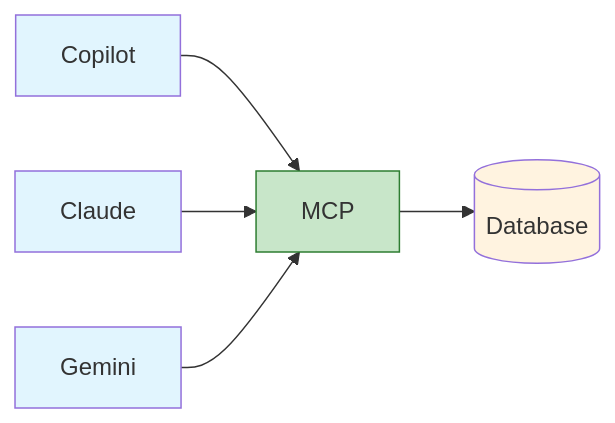
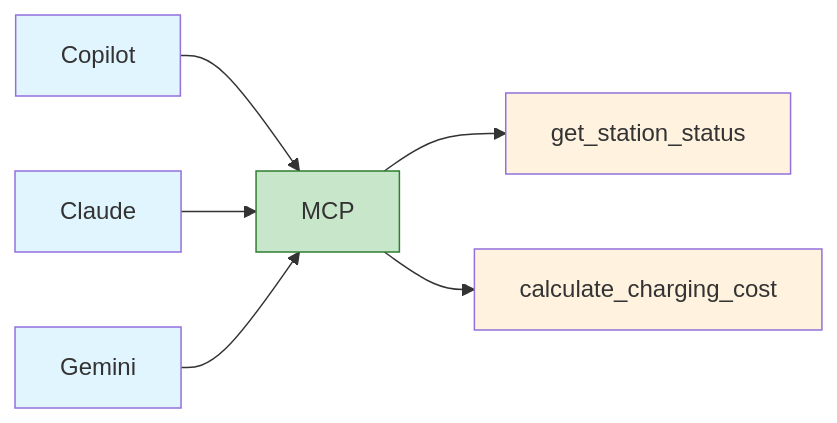
Before and after one commit to delegateas/agentic-swe-workshops: the diagram in images/mcp-solution.mmd, drawn with Mermaid. The commit also changed 3 other files, not shown here.

First line of the commit message:
docs: update MCP diagrams to show tools instead of databases

```diff
--- a/images/mcp-solution.mmd
+++ b/images/mcp-solution.mmd
@@ -1,9 +1,10 @@
 flowchart LR
-    Copilot:::llm --> MCP
-    Claude:::llm --> MCP:::green
+    Copilot:::llm --> MCP:::green
+    Claude:::llm --> MCP
     Gemini:::llm --> MCP
-    MCP --> DB[(Database)]:::db
+    MCP --> T1[get_station_status]:::tool
+    MCP --> T2[calculate_charging_cost]:::tool
 
     classDef llm fill:#e1f5fe
     classDef green fill:#c8e6c9,stroke:#2e7d32
-    classDef db fill:#fff3e0
+    classDef tool fill:#fff3e0
```
